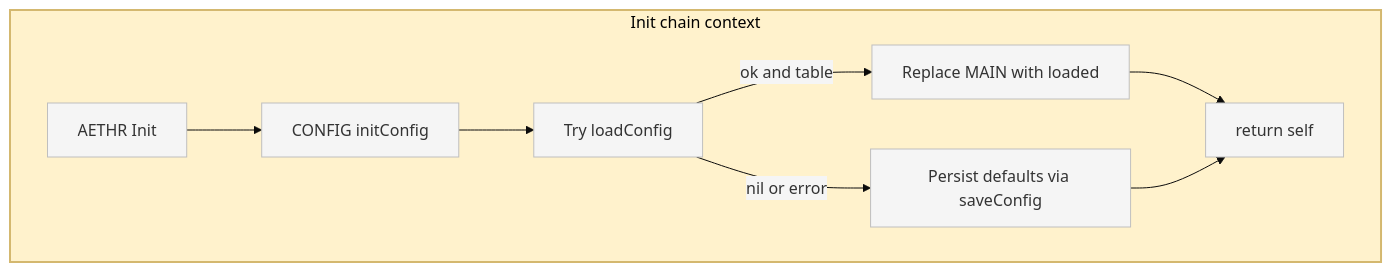
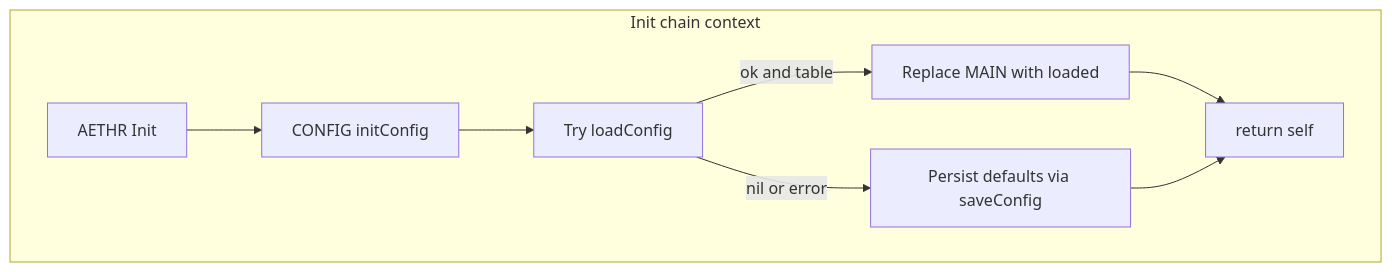
The first of 3 diagrams in docs/config/init_and_persistence.md (Gh0st352/AETHR), drawn with Mermaid before and after one commit. The commit also changed other lines of this file and 8 other files, not shown here.

First line of the commit message:
docs(config): standardize Mermaid themes and class names

````diff
--- a/docs/config/init_and_persistence.md
+++ b/docs/config/init_and_persistence.md
@@ -20,16 +20,14 @@
 ```mermaid
-%%{init: {"theme":"base", "themeVariables":{"primaryColor":"#f5f5f5"}}}%%
+%% shared theme: docs/_mermaid/theme.json %%
 flowchart TB
-  subgraph INIT_CHAIN [Init chain context]
-    style INIT_CHAIN fill:#fff2cc,stroke:#d4b86f,stroke-width:2px
+  subgraph INIT_CHAIN["Init chain context"]
     AETHR_Init[AETHR Init] --> CONFIG_init[CONFIG initConfig]
     CONFIG_init --> TryLoad[Try loadConfig]
     TryLoad -->|ok and table| Replace[Replace MAIN with loaded]
     TryLoad -->|nil or error| Persist[Persist defaults via saveConfig]
     Replace --> ReturnSelf[return self]
     Persist --> ReturnSelf
   end
 
-  classDef node fill:#f5f5f5,stroke:#bfbfbf
-  class AETHR_Init,CONFIG_init,TryLoad,Replace,Persist,ReturnSelf node
+  class AETHR_Init,CONFIG_init,TryLoad,Replace,Persist,ReturnSelf class_step;
 ```
````
